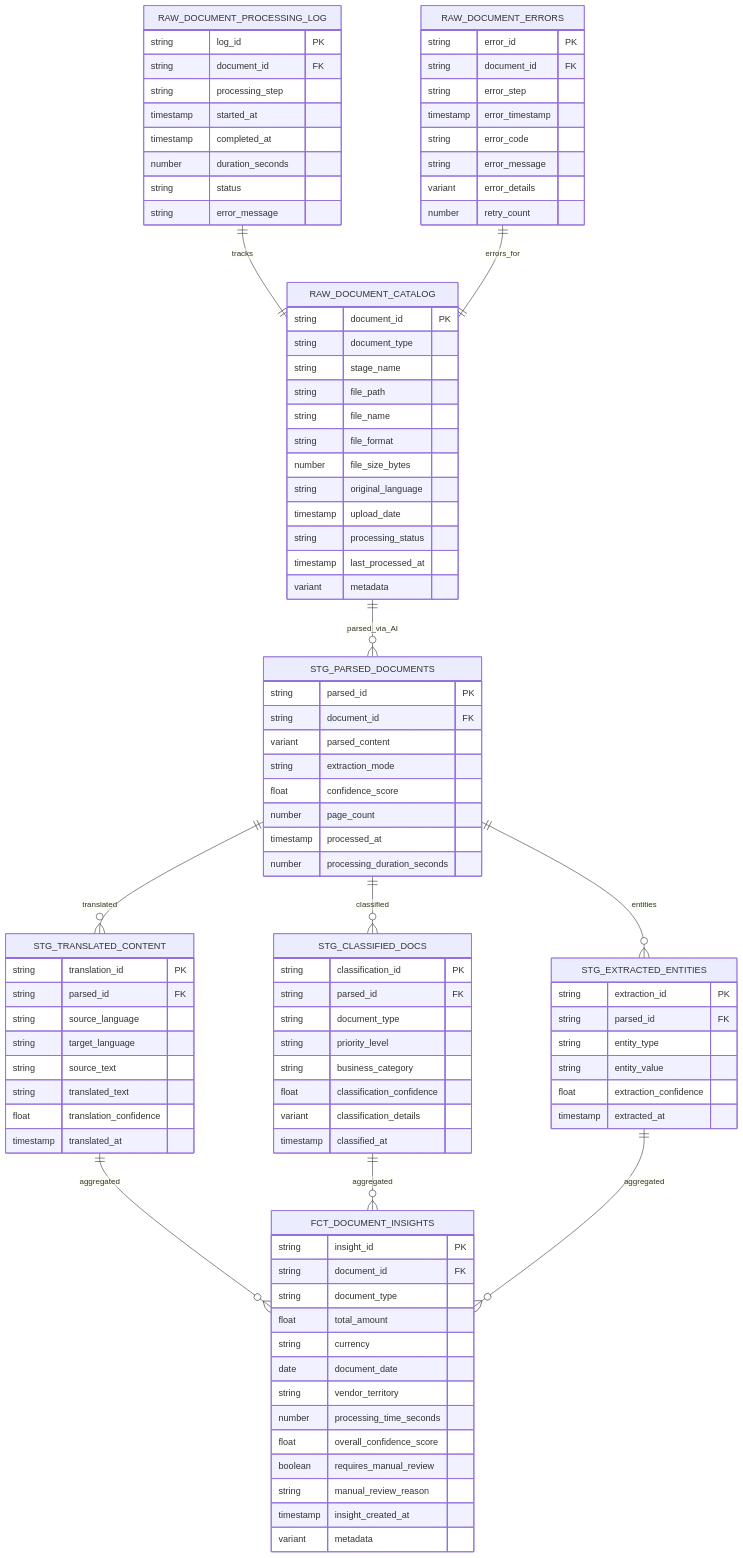
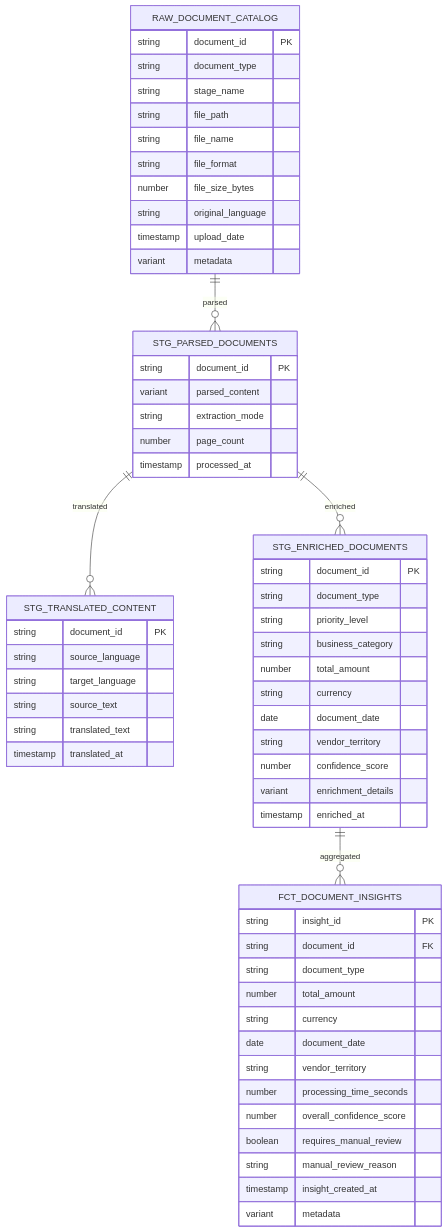
One commit to sfc-gh-miwhitaker/swiftclaw changed the diagram in diagrams/data-model.md. Above: the diagram before and after it, drawn with Mermaid. The commit also changed other lines of this file and 22 other files, not shown here.

````diff
--- a/diagrams/data-model.md
+++ b/diagrams/data-model.md
@@ -17,14 +17,9 @@
 ```mermaid
 erDiagram
-    RAW_DOCUMENT_CATALOG ||--o{ STG_PARSED_DOCUMENTS : "parsed_via_AI"
-    RAW_DOCUMENT_PROCESSING_LOG ||--|| RAW_DOCUMENT_CATALOG : "tracks"
-    RAW_DOCUMENT_ERRORS ||--|| RAW_DOCUMENT_CATALOG : "errors_for"
+    RAW_DOCUMENT_CATALOG ||--o{ STG_PARSED_DOCUMENTS : "parsed"
     STG_PARSED_DOCUMENTS ||--o{ STG_TRANSLATED_CONTENT : "translated"
-    STG_PARSED_DOCUMENTS ||--o{ STG_CLASSIFIED_DOCS : "classified"
-    STG_PARSED_DOCUMENTS ||--o{ STG_EXTRACTED_ENTITIES : "entities"
-    STG_TRANSLATED_CONTENT ||--o{ FCT_DOCUMENT_INSIGHTS : "aggregated"
-    STG_CLASSIFIED_DOCS ||--o{ FCT_DOCUMENT_INSIGHTS : "aggregated"
-    STG_EXTRACTED_ENTITIES ||--o{ FCT_DOCUMENT_INSIGHTS : "aggregated"
+    STG_PARSED_DOCUMENTS ||--o{ STG_ENRICHED_DOCUMENTS : "enriched"
+    STG_ENRICHED_DOCUMENTS ||--o{ FCT_DOCUMENT_INSIGHTS : "aggregated"
 
     RAW_DOCUMENT_CATALOG {
         string document_id PK
@@ -36,85 +31,50 @@
         number file_size_bytes
         string original_language
         timestamp upload_date
-        string processing_status
-        timestamp last_processed_at
         variant metadata
     }
 
-    RAW_DOCUMENT_PROCESSING_LOG {
-        string log_id PK
-        string document_id FK
-        string processing_step
-        timestamp started_at
-        timestamp completed_at
-        number duration_seconds
-        string status
-        string error_message
-    }
-
-    RAW_DOCUMENT_ERRORS {
-        string error_id PK
-        string document_id FK
-        string error_step
-        timestamp error_timestamp
-        string error_code
-        string error_message
-        variant error_details
-        number retry_count
-    }
-
     STG_PARSED_DOCUMENTS {
-        string parsed_id PK
-        string document_id FK
+        string document_id PK
         variant parsed_content
         string extraction_mode
-        float confidence_score
         number page_count
         timestamp processed_at
-        number processing_duration_seconds
     }
 
     STG_TRANSLATED_CONTENT {
-        string translation_id PK
-        string parsed_id FK
+        string document_id PK
         string source_language
         string target_language
         string source_text
         string translated_text
-        float translation_confidence
         timestamp translated_at
     }
 
-    STG_CLASSIFIED_DOCS {
-        string classification_id PK
-        string parsed_id FK
+    STG_ENRICHED_DOCUMENTS {
+        string document_id PK
         string document_type
         string priority_level
         string business_category
-        float classification_confidence
-        variant classification_details
-        timestamp classified_at
-    }
-
-    STG_EXTRACTED_ENTITIES {
-        string extraction_id PK
-        string parsed_id FK
-        string entity_type
-        string entity_value
-        float extraction_confidence
-        timestamp extracted_at
+        number total_amount
+        string currency
+        date document_date
+        string vendor_territory
+        number confidence_score
+        variant enrichment_details
+        timestamp enriched_at
     }
 
     FCT_DOCUMENT_INSIGHTS {
         string insight_id PK
         string document_id FK
         string document_type
-        float total_amount
+        number total_amount
         string currency
         date document_date
         string vendor_territory
         number processing_time_seconds
-        float overall_confidence_score
+        number overall_confidence_score
         boolean requires_manual_review
         string manual_review_reason
         timestamp insight_created_at
````
